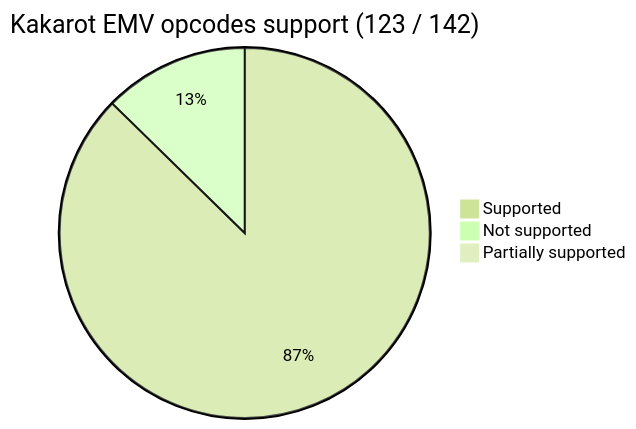
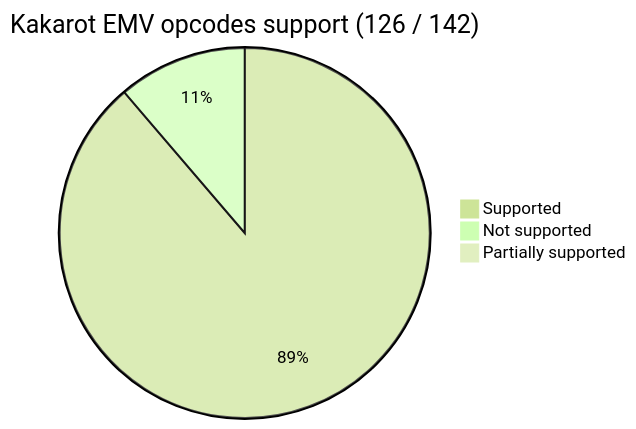
One commit to kkrt-labs/kakarot changed the first of 2 diagrams in README.md. Above: the diagram before and after it, drawn with Mermaid. The commit also changed 1 other file, not shown here.

Commit message:
doc(opcodes) update status for implemented opcodes

````diff
--- a/README.md
+++ b/README.md
@@ -38,9 +38,9 @@
 ```mermaid
 %%{init: {'theme': 'forest', 'themeVariables': { 'darkMode': 'false'}}}%%
 
-pie title Kakarot EMV opcodes support (123 / 142)
-    "Supported" : 124
-    "Not supported" : 18
+pie title Kakarot EMV opcodes support (126 / 142)
+    "Supported" : 126
+    "Not supported" : 16
 
     "Partially supported" : 0
 ```
````
